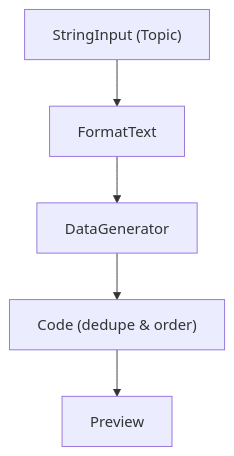
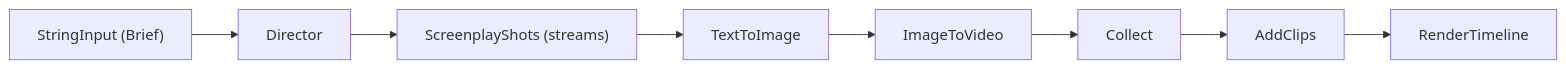
Before and after one commit to nodetool-ai/nodetool: the second of 8 diagrams in docs/cookbook/patterns.md, drawn with Mermaid. The commit also changed other lines of this file and 6 other files, not shown here.

```diff
--- a/docs/cookbook/patterns.md
+++ b/docs/cookbook/patterns.md
@@ -188,12 +64,12 @@
 {% mermaid %}
-graph TD
-  topic_input["StringInput (Topic)"]
-  format_prompt["FormatText"]
-  generate_flashcards["DataGenerator"]
-  plan_study["Code (dedupe & order)"]
-  display_result["Preview"]
-  topic_input --> format_prompt
-  format_prompt --> generate_flashcards
-  generate_flashcards --> plan_study
-  plan_study --> display_result
+graph LR
+  brief["StringInput (Brief)"]
+  dir["Director"]
+  shots["ScreenplayShots (streams)"]
+  still["TextToImage"]
+  clip["ImageToVideo"]
+  collect["Collect"]
+  cut["AddClips"]
+  render["RenderTimeline"]
+  brief --> dir --> shots --> still --> clip --> collect --> cut --> render
 {% endmermaid %}
```
